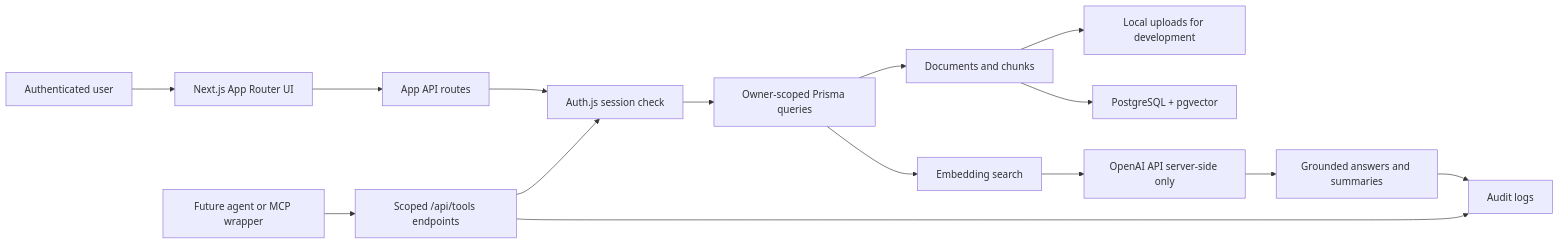
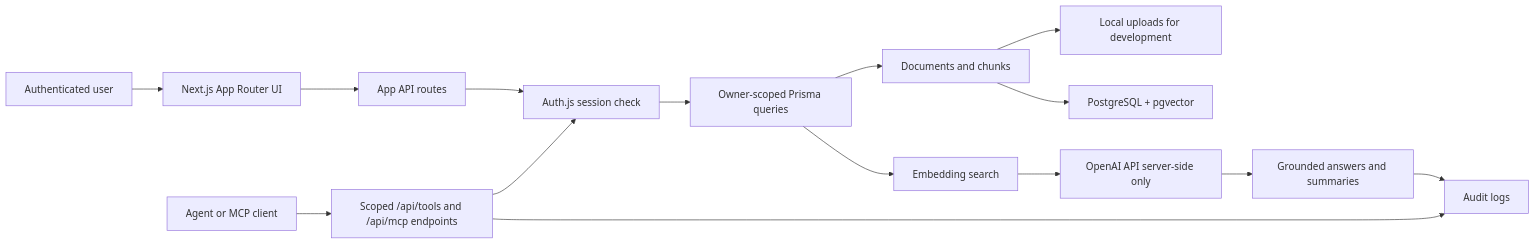
Before and after one commit to jiwonjae-svg/DocuMind: the diagram in README.md, drawn with Mermaid. The commit also changed other lines of this file and 48 other files, not shown here.

````diff
--- a/README.md
+++ b/README.md
@@ -112,17 +118,17 @@
 ```mermaid
 flowchart LR
   User["Authenticated user"] --> UI["Next.js App Router UI"]
-  Agent["Future agent or MCP wrapper"] --> Tools["Scoped /api/tools endpoints"]
+  Agent["Agent or MCP client"] --> Tools["Scoped /api/tools and /api/mcp endpoints"]
   UI --> AppAPI["App API routes"]
   Tools --> Auth["Auth.js session check"]
   AppAPI --> Auth
   Auth --> Ownership["Owner-scoped Prisma queries"]
   Ownership --> Documents["Documents and chunks"]
   Documents --> Storage["Local uploads for development"]
   Documents --> Vector["PostgreSQL + pgvector"]
   Ownership --> Search["Embedding search"]
   Search --> OpenAI["OpenAI API server-side only"]
   OpenAI --> Answers["Grounded answers and summaries"]
   Answers --> Audit["Audit logs"]
   Tools --> Audit
 ```
````
